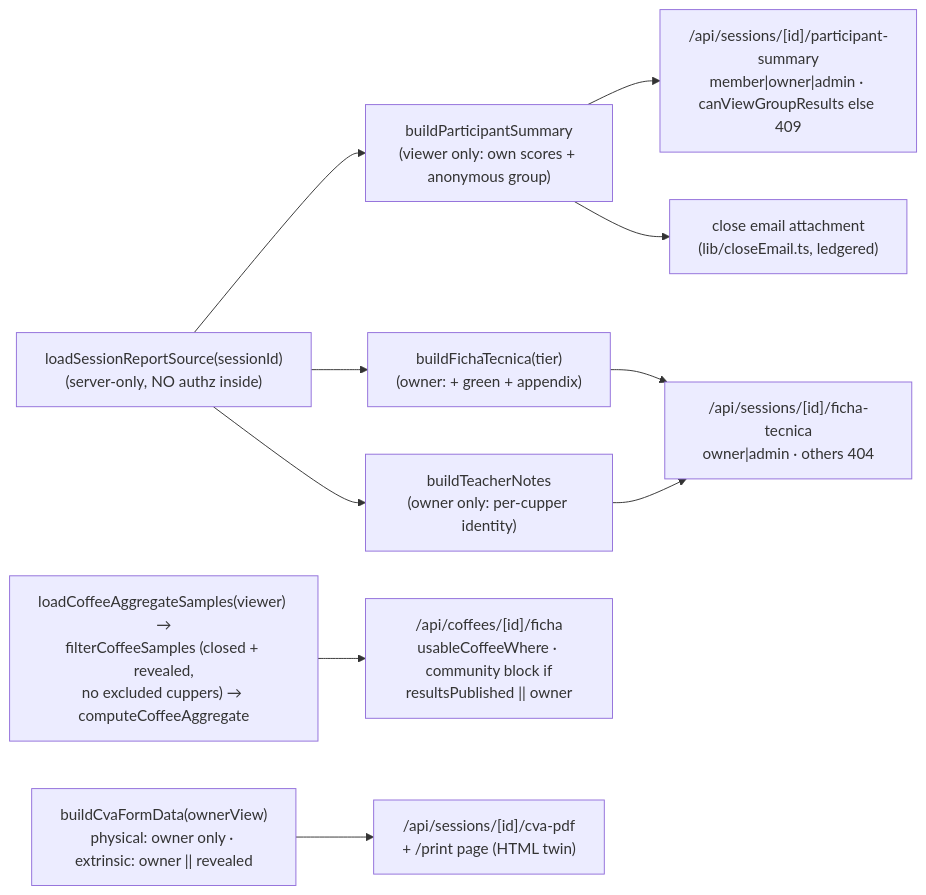
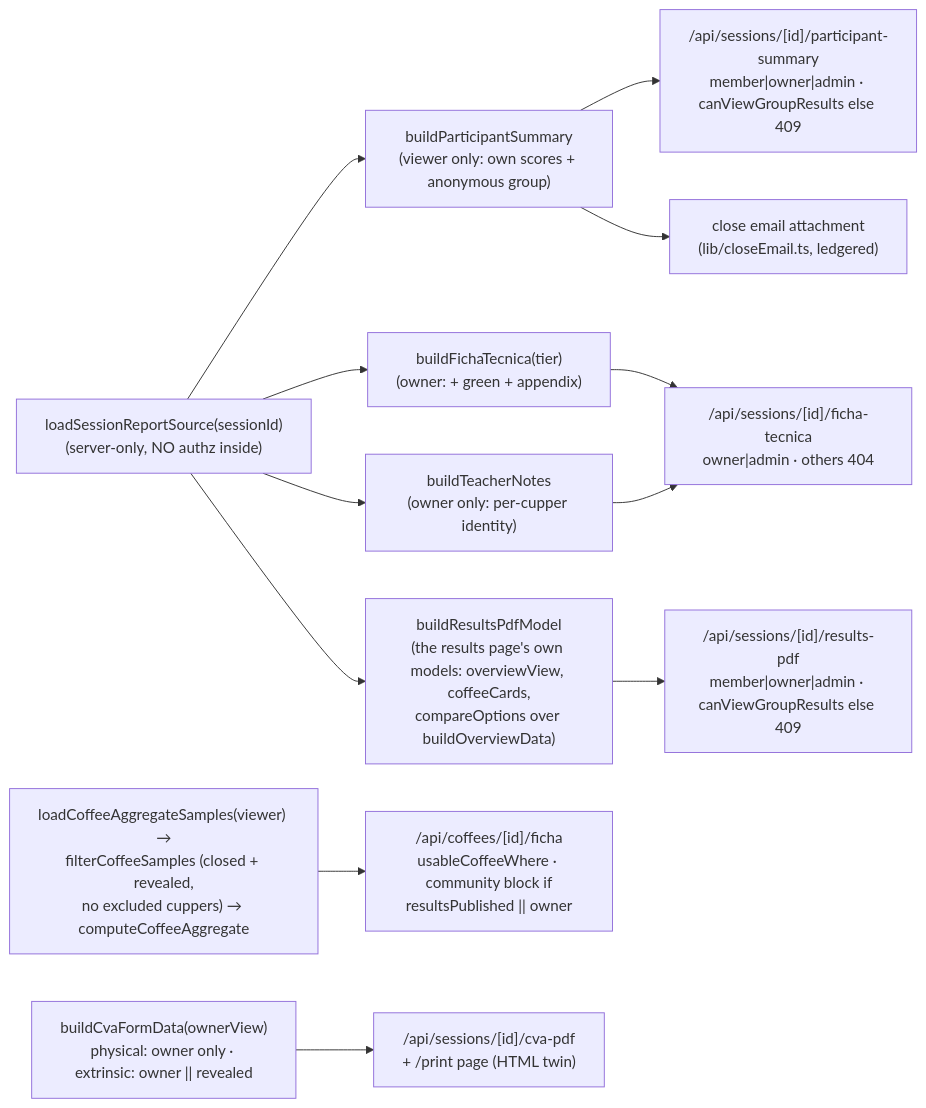
One commit to ricardovelezd27/cata-cafe changed diagram 17 of 22 in docs/flows.md. Above: the diagram before and after it, drawn with Mermaid. The commit also changed other lines of this file and 30 other files, not shown here.

Commit message:
OR-E 3/3: a PDF of the results page (Por cafe view, the page's own models); no clear difference removed everywhere

````diff
--- a/docs/flows.md
+++ b/docs/flows.md
@@ -1338,13 +1337,19 @@
 ```mermaid
 flowchart LR
     SRC["loadSessionReportSource(sessionId)\n(server-only, NO authz inside)"]
     SRC --> PS["buildParticipantSummary\n(viewer only: own scores + anonymous group)"]
     SRC --> FT["buildFichaTecnica(tier)\n(owner: + green + appendix)"]
     SRC --> TN["buildTeacherNotes\n(owner only: per-cupper identity)"]
     PS --> R1["/api/sessions/[id]/participant-summary\nmember|owner|admin · canViewGroupResults else 409"]
     PS --> EM["close email attachment\n(lib/closeEmail.ts, ledgered)"]
     FT --> R2["/api/sessions/[id]/ficha-tecnica\nowner|admin · others 404"]
     TN --> R2
     CF["loadCoffeeAggregateSamples(viewer) →\nfilterCoffeeSamples (closed + revealed,\nno excluded cuppers) → computeCoffeeAggregate"] --> R3["/api/coffees/[id]/ficha\nusableCoffeeWhere · community block if\nresultsPublished || owner"]
+    RP["buildResultsPdfModel
+(the results page's own models: overviewView, coffeeCards,
+compareOptions over buildOverviewData)"]
+    SRC --> RP
+    RP --> R5["/api/sessions/[id]/results-pdf
+member|owner|admin · canViewGroupResults else 409"]
     CVA["buildCvaFormData(ownerView)\nphysical: owner only · extrinsic: owner || revealed"] --> R4["/api/sessions/[id]/cva-pdf\n+ /print page (HTML twin)"]
 ```
````
